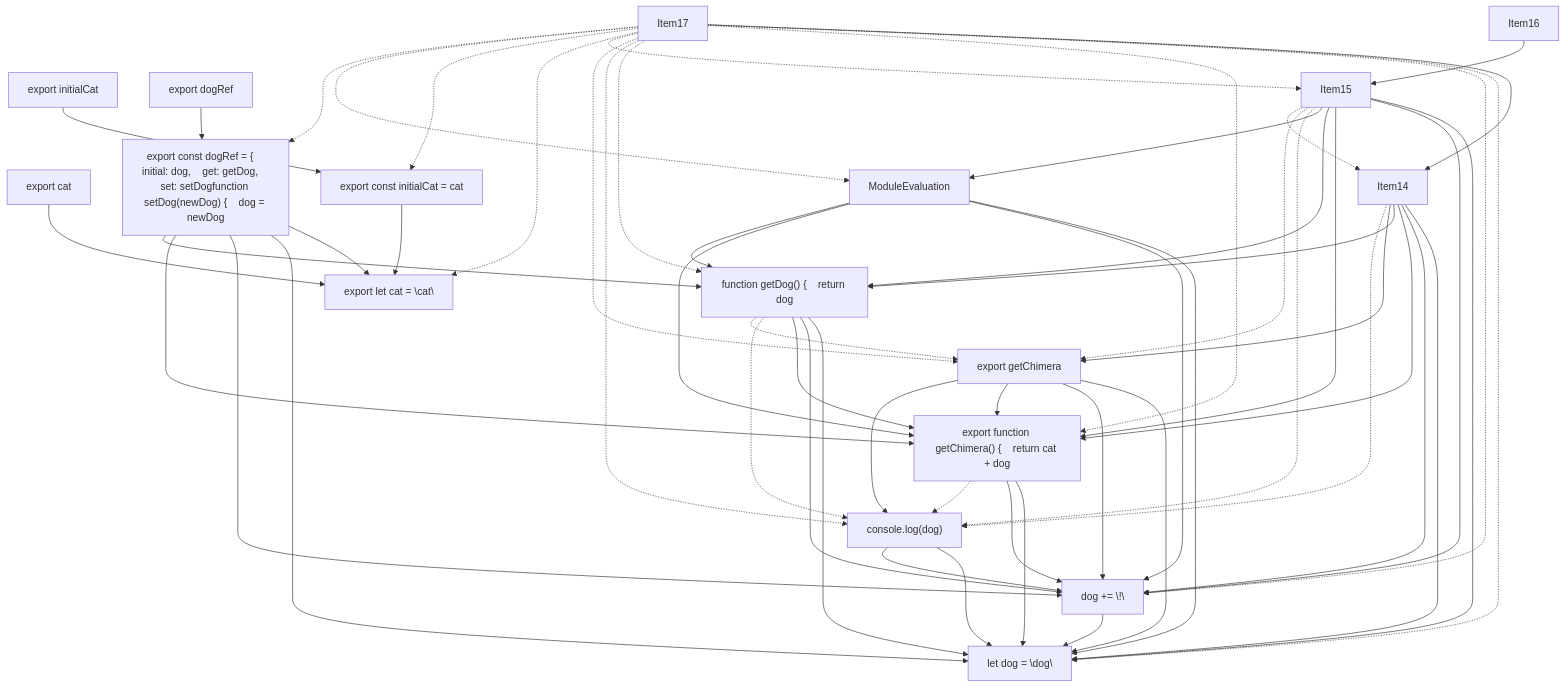
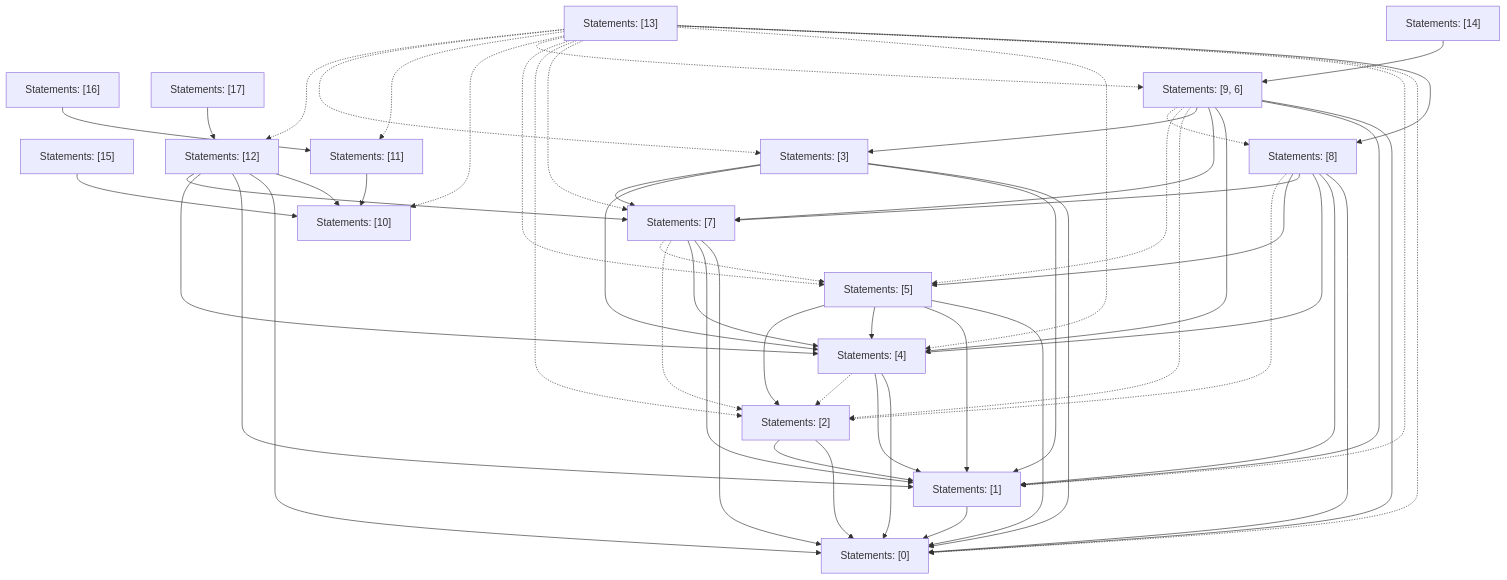
One commit to vercel/turborepo changed the fifth of 5 diagrams in crates/turbopack-ecmascript/tests/tree-shaker/analyzer/complex/output.md. Above: the diagram before and after it, drawn with Mermaid. The commit also changed 3 other files, not shown here.

````diff
--- a/crates/turbopack-ecmascript/tests/tree-shaker/analyzer/complex/output.md
+++ b/crates/turbopack-ecmascript/tests/tree-shaker/analyzer/complex/output.md
@@ -383,71 +383,75 @@
 ```mermaid
 graph TD
-    Item1["export let cat = \"cat\""];
-    Item2["export cat"];
-    Item3["export const initialCat = cat"];
-    Item4["export initialCat"];
-    Item5["let dog = \"dog\""];
-    Item6["dog += \"!\""];
-    Item7["console.log(dog)"];
-    Item8["export function getChimera() {    return cat + dog"];
-    Item9["export getChimera"];
-    Item10["function getDog() {    return dog"];
-    Item11["export const dogRef = {    initial: dog,    get: getDog,    set: setDogfunction setDog(newDog) {    dog = newDog"];
-    Item12["export dogRef"];
-    Item13["ModuleEvaluation"];
-    Item6 --> Item5;
-    Item7 --> Item5;
-    Item7 --> Item6;
-    Item8 --> Item5;
-    Item8 --> Item6;
-    Item8 -.-> Item7;
-    Item9 --> Item5;
-    Item9 --> Item6;
-    Item9 --> Item8;
-    Item9 --> Item7;
-    Item10 --> Item5;
-    Item10 --> Item6;
-    Item10 --> Item8;
-    Item10 -.-> Item7;
-    Item10 -.-> Item9;
-    Item14 --> Item5;
-    Item14 --> Item6;
-    Item14 --> Item8;
-    Item14 --> Item10;
-    Item14 --> Item9;
-    Item14 -.-> Item7;
-    Item15 --> Item5;
-    Item15 --> Item6;
-    Item15 --> Item8;
-    Item15 --> Item10;
-    Item15 --> Item13;
-    Item3 --> Item1;
-    Item13 --> Item5;
-    Item13 --> Item6;
-    Item13 --> Item8;
-    Item13 --> Item10;
-    Item15 -.-> Item7;
-    Item15 -.-> Item9;
-    Item15 -.-> Item14;
-    Item11 --> Item1;
-    Item11 --> Item5;
-    Item11 --> Item6;
-    Item11 --> Item8;
-    Item11 --> Item10;
-    Item17 --> Item14;
-    Item17 -.-> Item5;
-    Item17 -.-> Item6;
-    Item17 -.-> Item8;
-    Item17 -.-> Item10;
-    Item17 -.-> Item7;
-    Item17 -.-> Item9;
-    Item17 -.-> Item15;
-    Item17 -.-> Item1;
-    Item17 -.-> Item3;
-    Item17 -.-> Item13;
-    Item17 -.-> Item11;
-    Item16 --> Item15;
-    Item2 --> Item1;
-    Item4 --> Item3;
-    Item12 --> Item11;
+    N0["Statements: [10]"];
+    N1["Statements: [15]"];
+    N2["Statements: [11]"];
+    N3["Statements: [16]"];
+    N4["Statements: [0]"];
+    N5["Statements: [1]"];
+    N6["Statements: [2]"];
+    N7["Statements: [4]"];
+    N8["Statements: [5]"];
+    N9["Statements: [7]"];
+    N10["Statements: [12]"];
+    N11["Statements: [17]"];
+    N12["Statements: [3]"];
+    N13["Statements: [8]"];
+    N14["Statements: [9, 6]"];
+    N15["Statements: [14]"];
+    N16["Statements: [13]"];
+    N5 --> N4;
+    N6 --> N4;
+    N6 --> N5;
+    N7 --> N4;
+    N7 --> N5;
+    N7 -.-> N6;
+    N8 --> N4;
+    N8 --> N5;
+    N8 --> N7;
+    N8 --> N6;
+    N9 --> N4;
+    N9 --> N5;
+    N9 --> N7;
+    N9 -.-> N6;
+    N9 -.-> N8;
+    N13 --> N4;
+    N13 --> N5;
+    N13 --> N7;
+    N13 --> N9;
+    N13 --> N8;
+    N13 -.-> N6;
+    N14 --> N4;
+    N14 --> N5;
+    N14 --> N7;
+    N14 --> N9;
+    N14 --> N12;
+    N2 --> N0;
+    N12 --> N4;
+    N12 --> N5;
+    N12 --> N7;
+    N12 --> N9;
+    N14 -.-> N6;
+    N14 -.-> N8;
+    N14 -.-> N13;
+    N10 --> N0;
+    N10 --> N4;
+    N10 --> N5;
+    N10 --> N7;
+    N10 --> N9;
+    N16 --> N13;
+    N16 -.-> N4;
+    N16 -.-> N5;
+    N16 -.-> N7;
+    N16 -.-> N9;
+    N16 -.-> N6;
+    N16 -.-> N8;
+    N16 -.-> N14;
+    N16 -.-> N0;
+    N16 -.-> N2;
+    N16 -.-> N12;
+    N16 -.-> N10;
+    N15 --> N14;
+    N1 --> N0;
+    N3 --> N2;
+    N11 --> N10;
 ```
````
